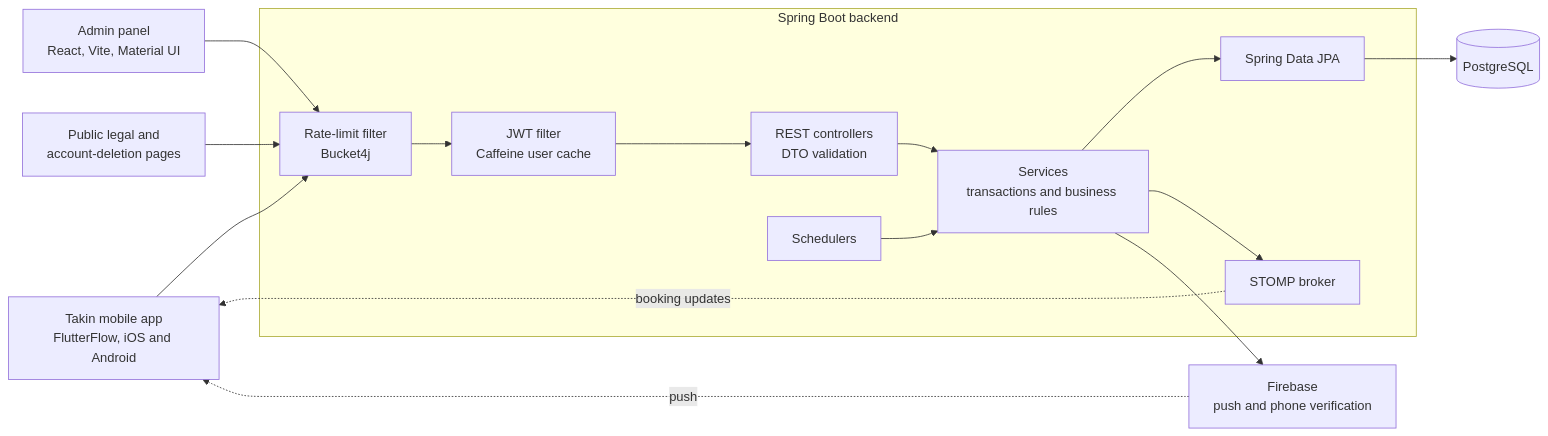
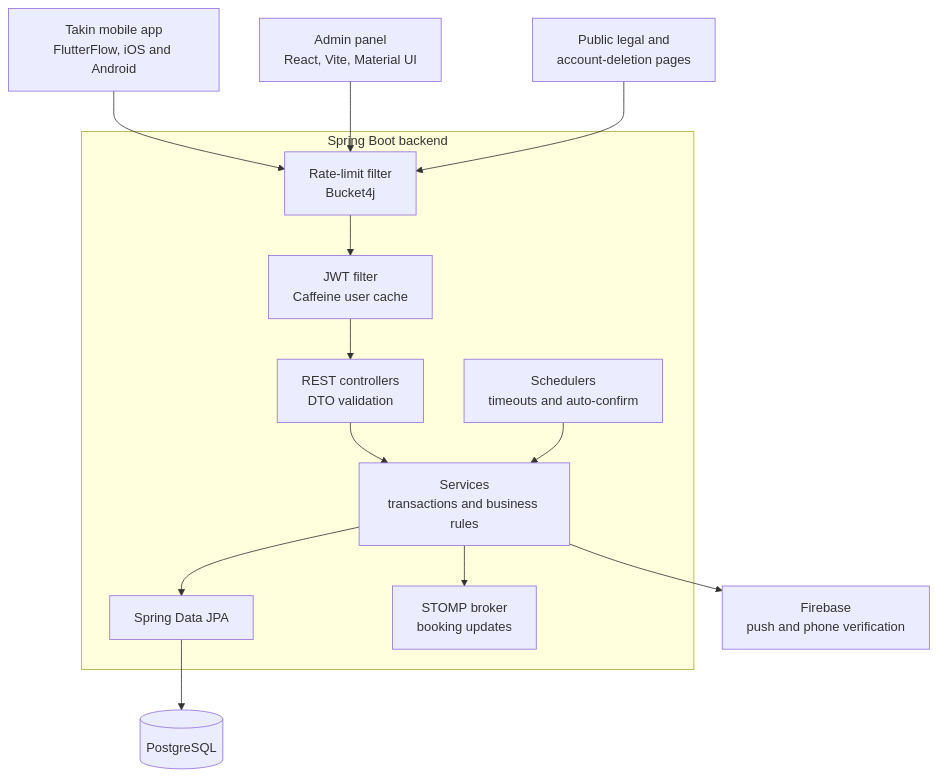
One commit to muhammadtaha211/chikchak-backend changed the first of 2 diagrams in README.md. Above: the diagram before and after it, drawn with Mermaid. The commit also changed other lines of this file, not shown here.

Commit message:
Make the README architecture diagram readable
Lay it out top-down without loops back to the client, and correct three
small statements about configuration and account deletion.

````diff
--- a/README.md
+++ b/README.md
@@ -60,23 +60,21 @@
 ```mermaid
-flowchart LR
+flowchart TB
     App["Takin mobile app<br/>FlutterFlow, iOS and Android"]
     Panel["Admin panel<br/>React, Vite, Material UI"]
     Pages["Public legal and<br/>account-deletion pages"]
 
     subgraph Backend["Spring Boot backend"]
         Limit["Rate-limit filter<br/>Bucket4j"] --> Auth["JWT filter<br/>Caffeine user cache"]
         Auth --> Rest["REST controllers<br/>DTO validation"]
         Rest --> Core["Services<br/>transactions and business rules"]
-        Jobs["Schedulers"] --> Core
+        Jobs["Schedulers<br/>timeouts and auto-confirm"] --> Core
         Core --> Repo["Spring Data JPA"]
-        Core --> Stomp["STOMP broker"]
+        Core --> Stomp["STOMP broker<br/>booking updates"]
     end
 
     App --> Limit
     Panel --> Limit
     Pages --> Limit
     Repo --> Db[("PostgreSQL")]
     Core --> Firebase["Firebase<br/>push and phone verification"]
-    Stomp -. booking updates .-> App
-    Firebase -. push .-> App
 ```
````
